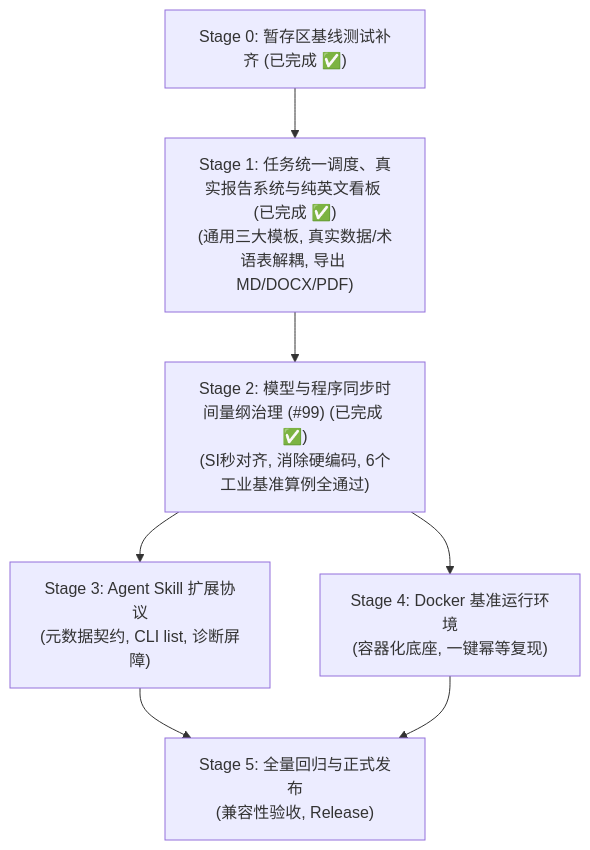
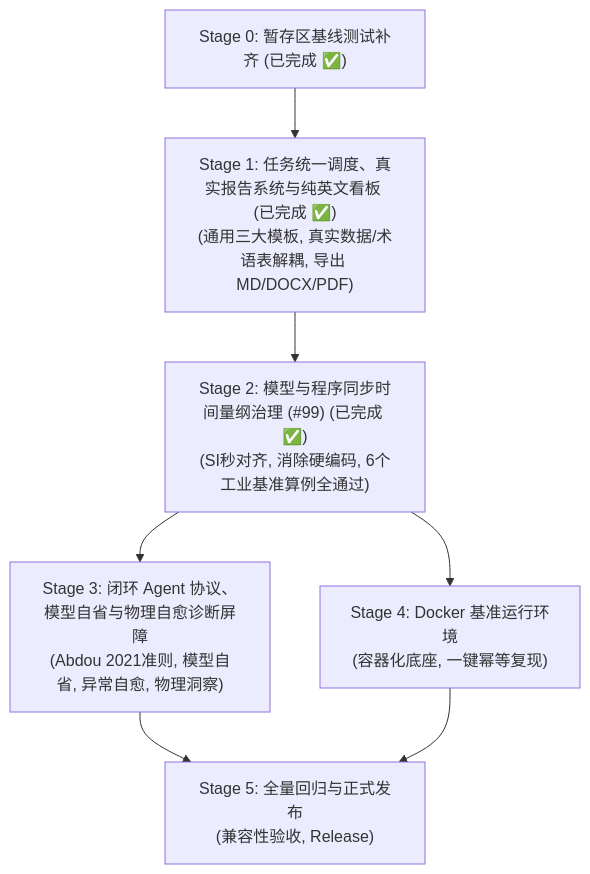
One commit to couuas/tricys changed the third of 3 diagrams in .github/upgrade/V2_DEVELOPMENT_PLAN.md. Above: the diagram before and after it, drawn with Mermaid. The commit also changed other lines of this file and 40 other files, not shown here.

````diff
--- a/.github/upgrade/V2_DEVELOPMENT_PLAN.md
+++ b/.github/upgrade/V2_DEVELOPMENT_PLAN.md
@@ -413,9 +684,9 @@
 ```mermaid
 graph TD
     S0["Stage 0: 暂存区基线测试补齐 (已完成 ✅)"] --> S1["Stage 1: 任务统一调度、真实报告系统与纯英文看板 (已完成 ✅)<br>(通用三大模板, 真实数据/术语表解耦, 导出 MD/DOCX/PDF)"]
     S1 --> S2["Stage 2: 模型与程序同步时间量纲治理 (#99) (已完成 ✅)<br>(SI秒对齐, 消除硬编码, 6个工业基准算例全通过)"]
-    S2 --> S3["Stage 3: Agent Skill 扩展协议<br>(元数据契约, CLI list, 诊断屏障)"]
+    S2 --> S3["Stage 3: 闭环 Agent 协议、模型自省与物理自愈诊断屏障<br>(Abdou 2021准则, 模型自省, 异常自愈, 物理洞察)"]
     S2 --> S4["Stage 4: Docker 基准运行环境<br>(容器化底座, 一键幂等复现)"]
     S3 --> S5["Stage 5: 全量回归与正式发布<br>(兼容性验收, Release)"]
     S4 --> S5
 ```
````
